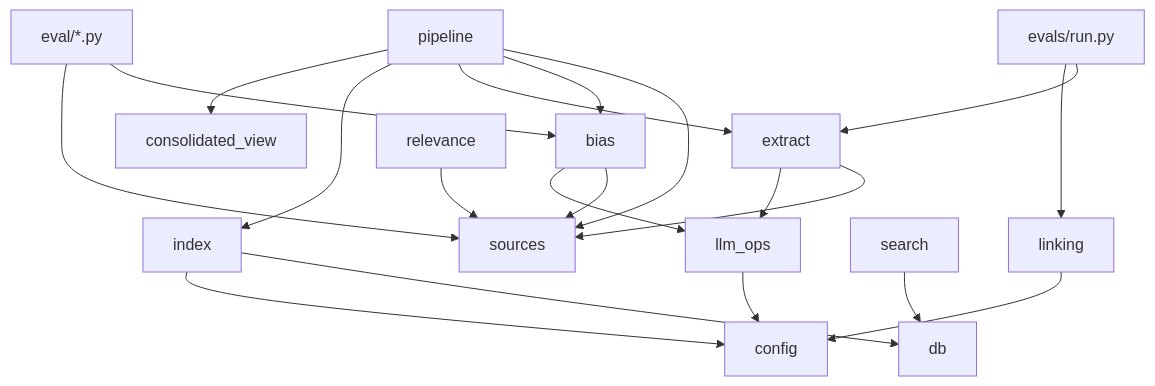
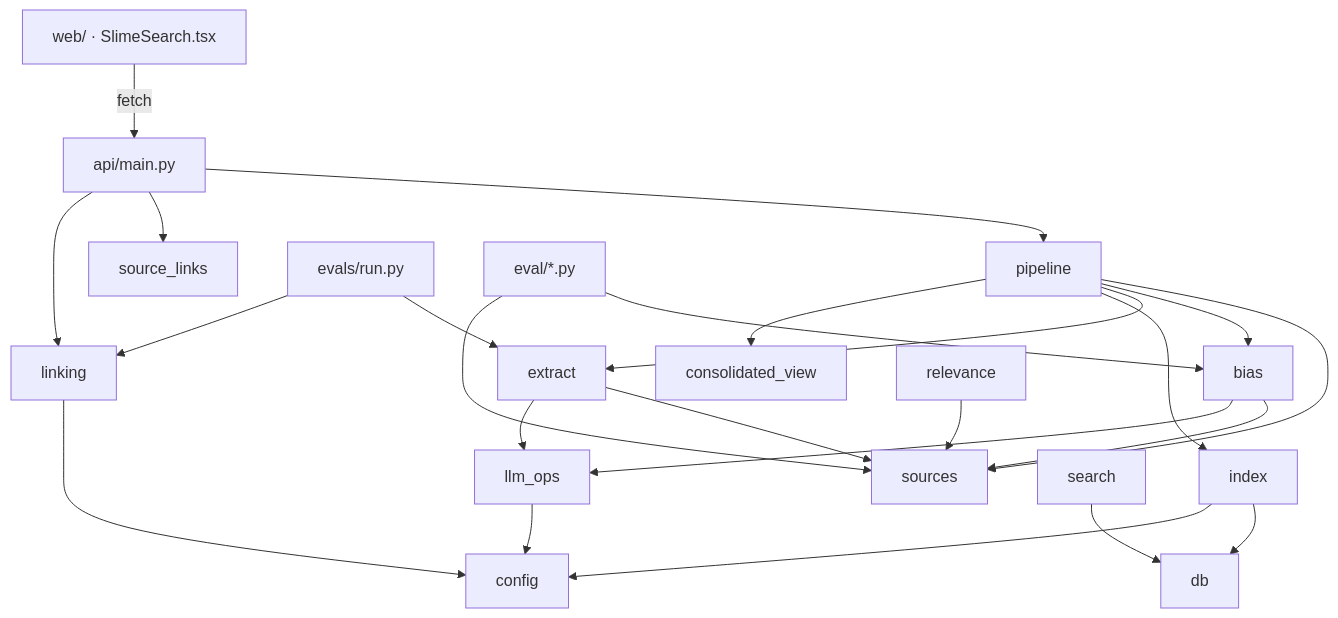
Before and after one commit to dxlpi/slime-review: the second of 2 diagrams in ARCHITECTURE.md, drawn with Mermaid. The commit also changed other lines of this file and 3 other files, not shown here.

````diff
--- a/ARCHITECTURE.md
+++ b/ARCHITECTURE.md
@@ -49,22 +52,26 @@
 ```mermaid
 flowchart TD
+  web[web/ · SlimeSearch.tsx] -->|fetch| api[api/main.py]
+  api --> pipeline
+  api --> source_links
+  api --> linking
   pipeline --> sources
   pipeline --> bias
   pipeline --> extract
   pipeline --> index
   pipeline --> consolidated_view
   extract --> sources
   extract --> llm_ops
   bias --> sources
   bias --> llm_ops
   relevance --> sources
   index --> db
   search --> db
   index --> config
   llm_ops --> config
   linking --> config
   evals[evals/run.py] --> extract
   evals --> linking
   eval_tests[eval/*.py] --> bias
   eval_tests --> sources
 ```
````
